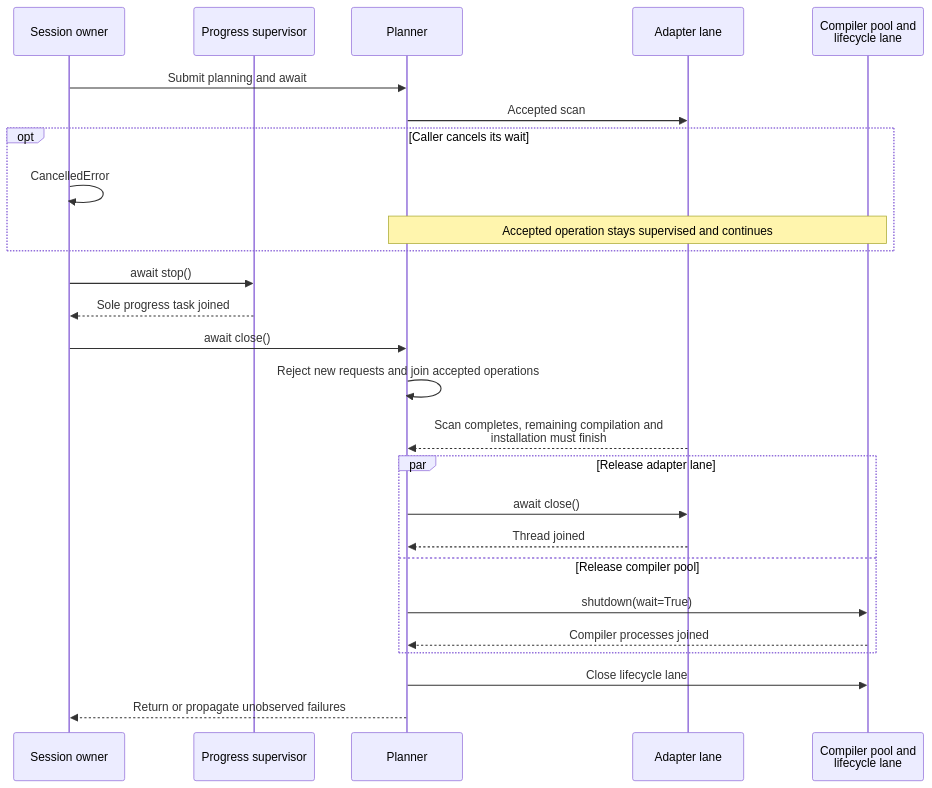
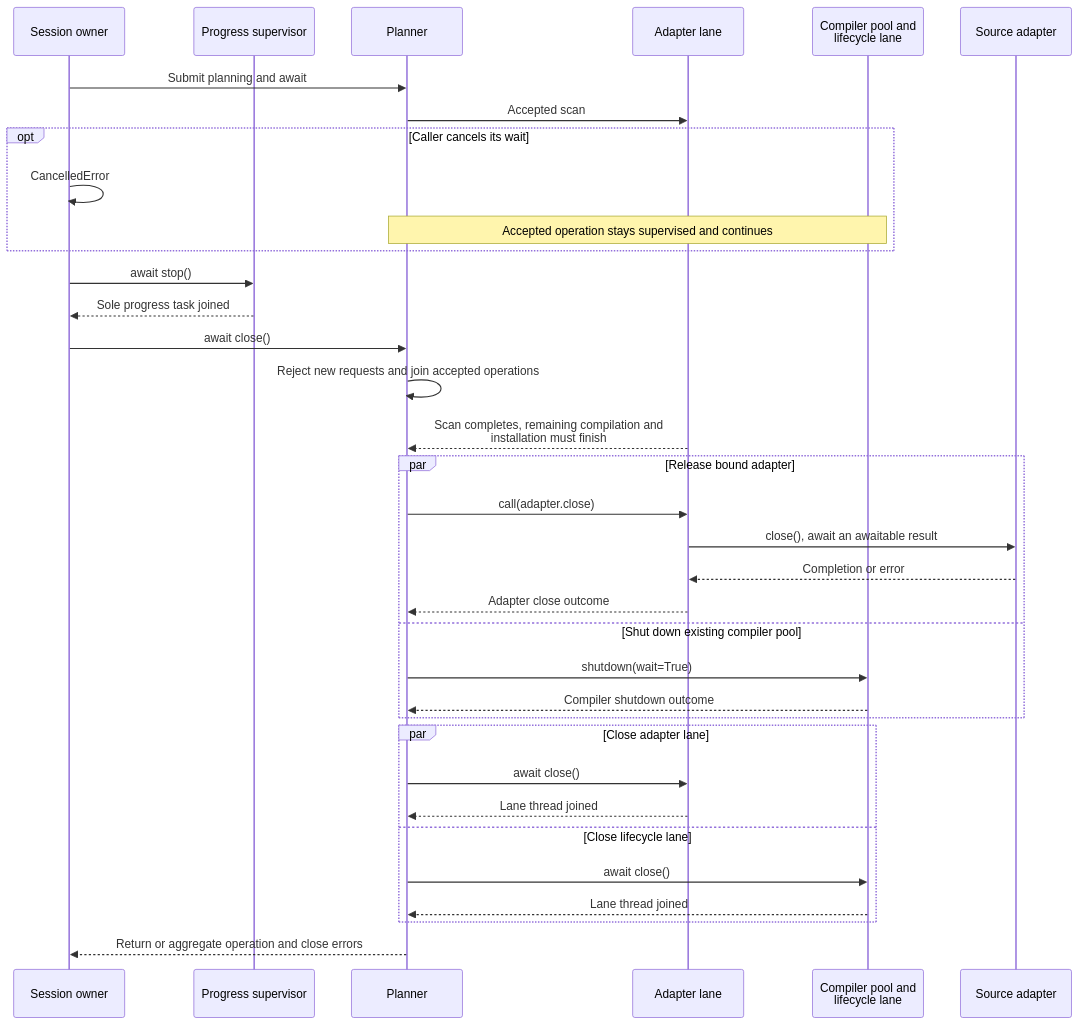
One commit to diaosj/fluxway changed the third of 3 diagrams in docs/source_coordination.md. Above: the diagram before and after it, drawn with Mermaid. The commit also changed other lines of this file and 20 other files, not shown here.

````diff
--- a/docs/source_coordination.md
+++ b/docs/source_coordination.md
@@ -311,28 +357,37 @@
 ```mermaid
 sequenceDiagram
     participant A as Session owner
     participant S as Progress supervisor
     participant P as Planner
     participant I as Adapter lane
     participant C as Compiler pool and<br/>lifecycle lane
+    participant R as Source adapter
     A->>P: Submit planning and await
     P->>I: Accepted scan
     opt Caller cancels its wait
         A->>A: CancelledError
         Note over P,C: Accepted operation stays supervised and continues
     end
     A->>S: await stop()
     S-->>A: Sole progress task joined
     A->>P: await close()
     P->>P: Reject new requests and join accepted operations
     I-->>P: Scan completes, remaining compilation and<br/>installation must finish
-    par Release adapter lane
+    par Release bound adapter
+        P->>I: call(adapter.close)
+        I->>R: close(), await an awaitable result
+        R-->>I: Completion or error
+        I-->>P: Adapter close outcome
+    and Shut down existing compiler pool
+        P->>C: shutdown(wait=True)
+        C-->>P: Compiler shutdown outcome
+    end
+    par Close adapter lane
         P->>I: await close()
-        I-->>P: Thread joined
-    and Release compiler pool
-        P->>C: shutdown(wait=True)
-        C-->>P: Compiler processes joined
+        I-->>P: Lane thread joined
+    and Close lifecycle lane
+        P->>C: await close()
+        C-->>P: Lane thread joined
     end
-    P->>C: Close lifecycle lane
-    P-->>A: Return or propagate unobserved failures
+    P-->>A: Return or aggregate operation and close errors
 ```
````
